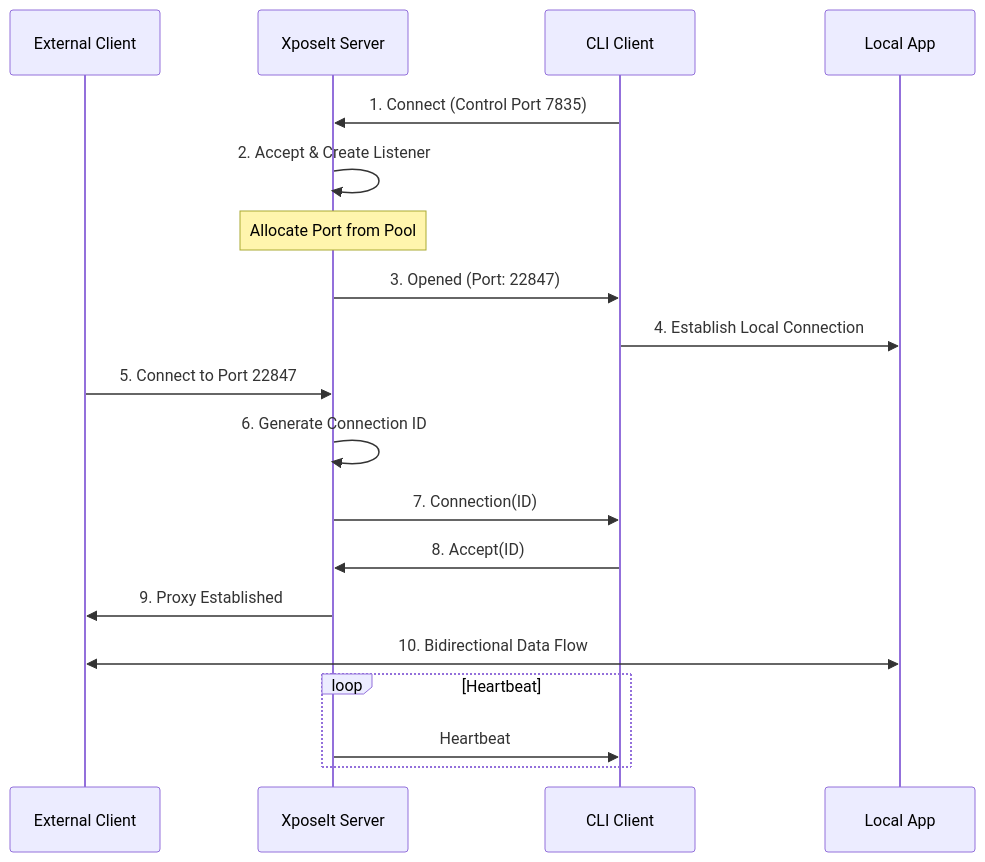
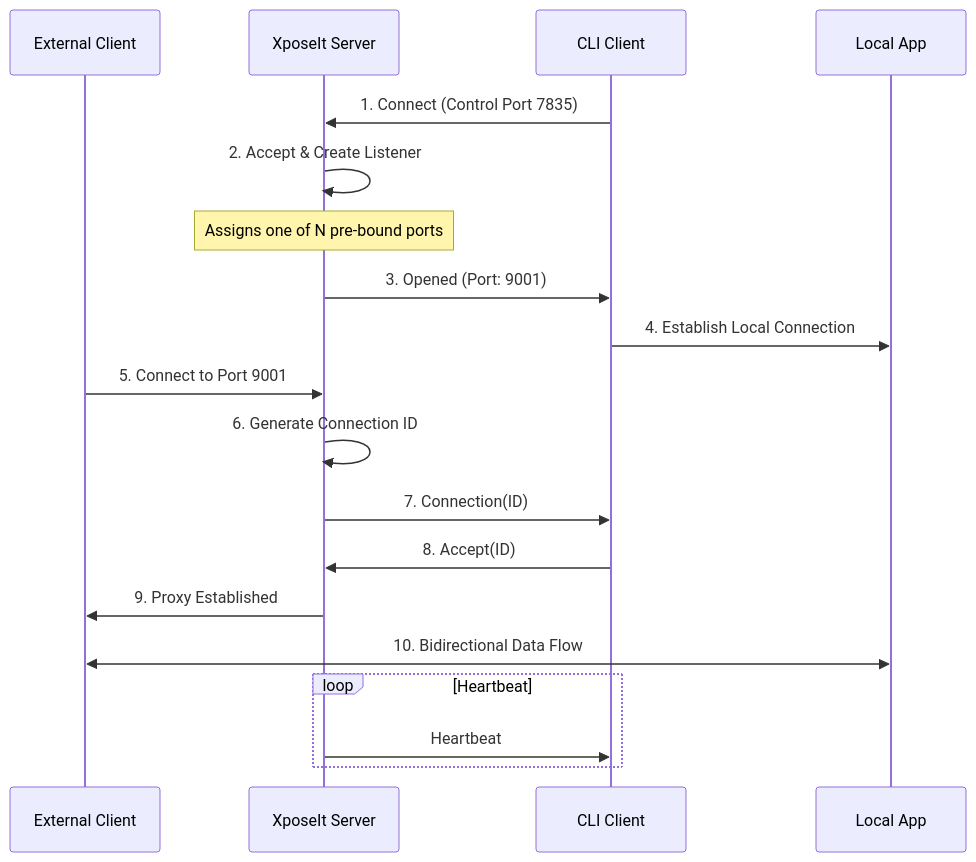
Before and after one commit to mohidex/xposeit: the third of 3 diagrams in README.md, drawn with Mermaid. The commit also changed other lines of this file, not shown here.

Commit message:
update readme and diagrams based on current implementation

````diff
--- a/README.md
+++ b/README.md
@@ -270,28 +180,28 @@
 ```mermaid
 sequenceDiagram
     participant EC as External Client
     participant Server as XposeIt Server
     participant CLI as CLI Client
     participant App as Local App
     
     CLI->>Server: 1. Connect (Control Port 7835)
     Server->>Server: 2. Accept & Create Listener
     
-    Note over Server: Allocate Port from Pool
-    Server->>CLI: 3. Opened (Port: 22847)
+    Note over Server: Assigns one of N pre-bound ports
+    Server->>CLI: 3. Opened (Port: 9001)
     
     CLI->>App: 4. Establish Local Connection
     
-    EC->>Server: 5. Connect to Port 22847
+    EC->>Server: 5. Connect to Port 9001
     Server->>Server: 6. Generate Connection ID
     Server->>CLI: 7. Connection(ID)
     
     CLI->>Server: 8. Accept(ID)
     Server->>EC: 9. Proxy Established
     
     EC<<->>App: 10. Bidirectional Data Flow
     
     loop Heartbeat
         Server->>CLI: Heartbeat
     end
 ```
````
